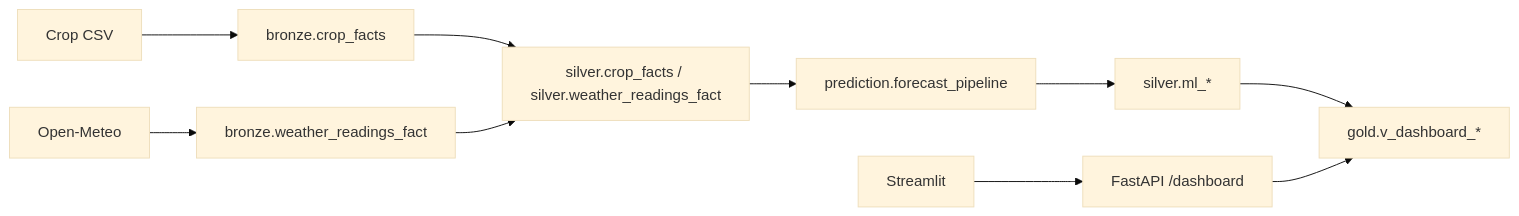
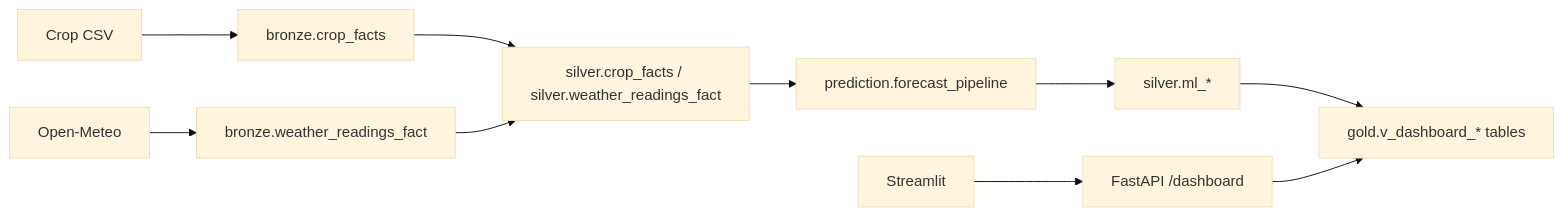
The diagram in README.md (rohazubair/cropguard), drawn with Mermaid (base theme) before and after one commit. The commit also changed other lines of this file and 7 other files, not shown here.

````diff
--- a/README.md
+++ b/README.md
@@ -14,12 +14,12 @@
 ```mermaid
 flowchart LR
     CSV[Crop CSV] --> Bronze[bronze.crop_facts]
     OM[Open-Meteo] --> BronzeW[bronze.weather_readings_fact]
     Bronze --> Silver[silver.crop_facts / silver.weather_readings_fact]
     BronzeW --> Silver
     Silver --> ML[prediction.forecast_pipeline]
     ML --> SilverML[silver.ml_*]
-    SilverML --> Gold[gold.v_dashboard_*]
+    SilverML --> Gold[gold.v_dashboard_* tables]
     API[FastAPI /dashboard] --> Gold
     ST[Streamlit] --> API
 ```
````
